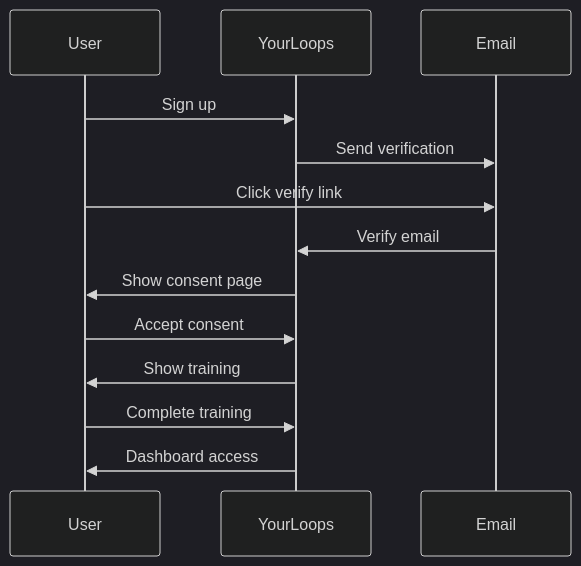
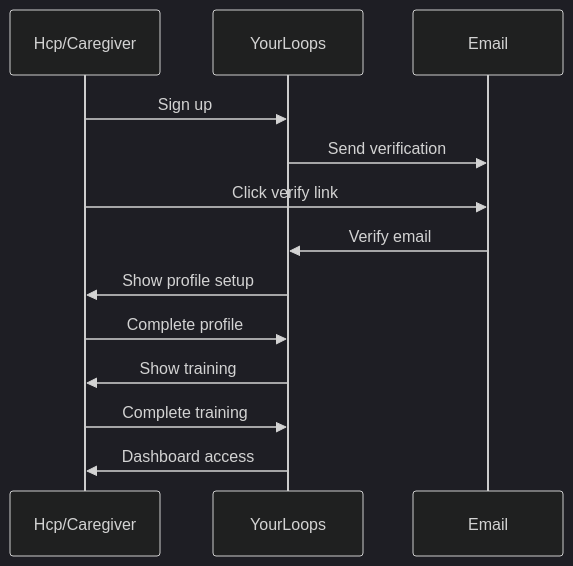
The seventh of 8 diagrams in docs/FeatureOverview.md (mdblp/blip), drawn with Mermaid (dark theme) before and after one commit. The commit also changed other lines of this file, not shown here.

Commit message:
enhance featuve overview for user onboarding

````diff
--- a/docs/FeatureOverview.md
+++ b/docs/FeatureOverview.md
@@ -202,16 +226,16 @@
 ```mermaid
 sequenceDiagram
-    participant U as User
+    participant U as Hcp/Caregiver
     participant APP as YourLoops
     participant EMAIL as Email
 
-    U->>APP: Sign up
+    U->>APP:Sign up
     APP->>EMAIL: Send verification
     U->>EMAIL: Click verify link
     EMAIL->>APP: Verify email
-    APP->>U: Show consent page
-    U->>APP: Accept consent
+    APP->>U: Show profile setup
+    U->>APP: Complete profile
     APP->>U: Show training
     U->>APP: Complete training
     APP->>U: Dashboard access
 ```
````
